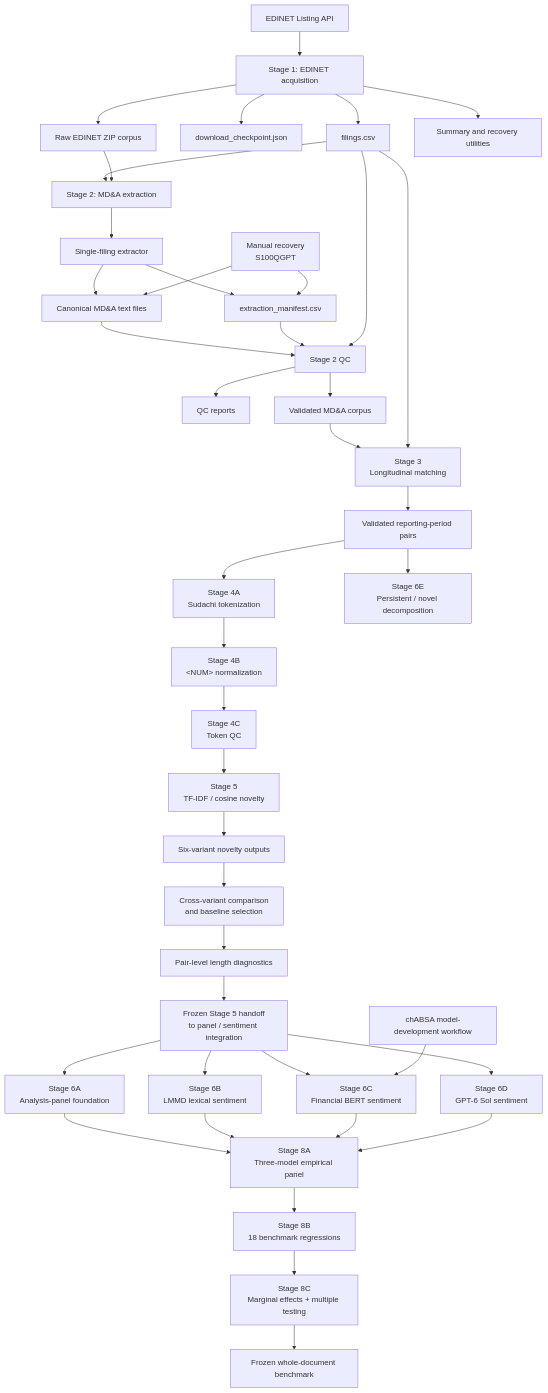
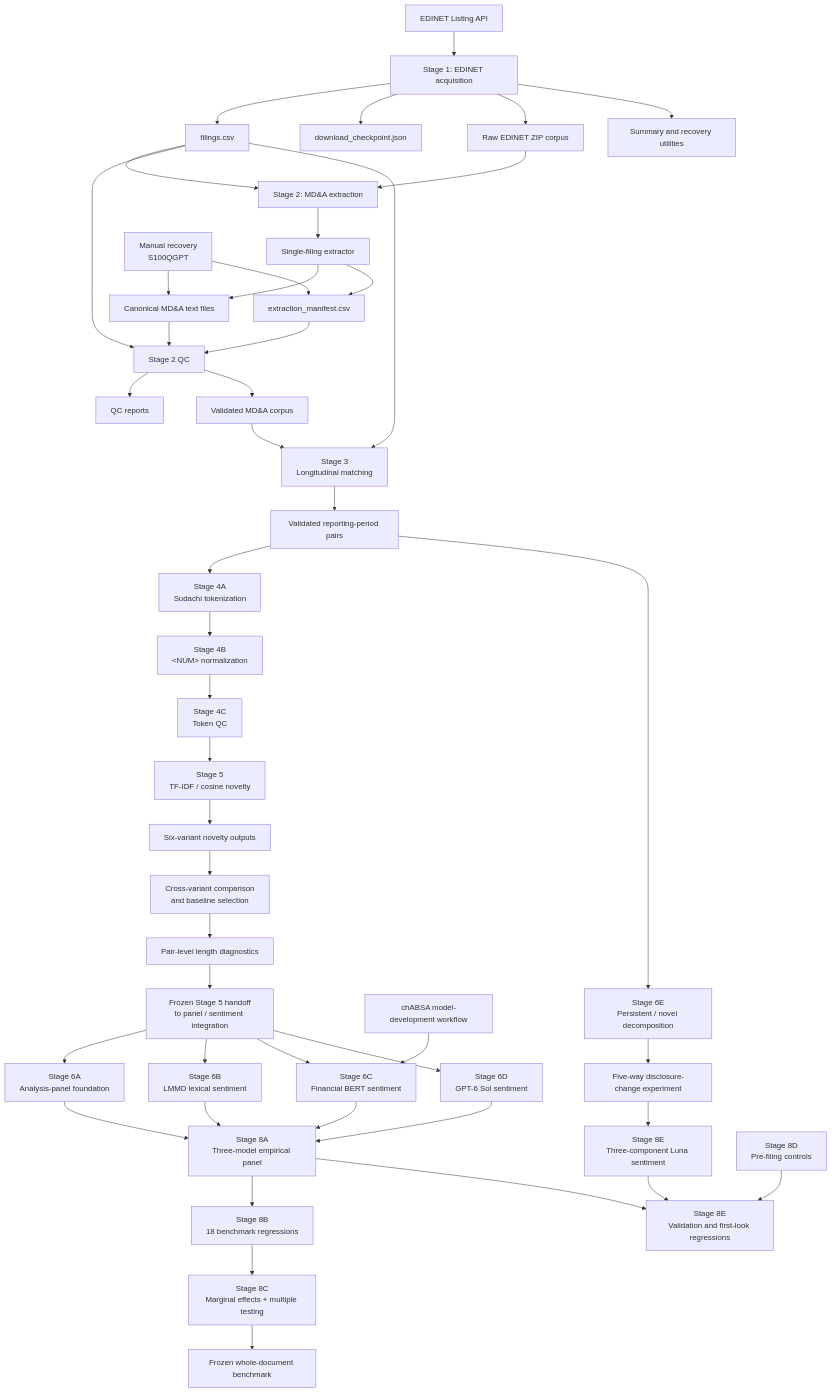
The first of 6 diagrams in docs/paper2/PIPELINE.md (markblefevre/phd_research_pipeline), drawn with Mermaid before and after one commit. The commit also changed other lines of this file and 1 other file, not shown here.

Commit message:
Updating STATUS and PIPELINE after first look at regressions

````diff
--- a/docs/paper2/PIPELINE.md
+++ b/docs/paper2/PIPELINE.md
@@ -81,52 +91,57 @@
 ``` mermaid
 flowchart TD
 
     A[EDINET Listing API] --> B[Stage 1: EDINET acquisition]
 
     B --> C[filings.csv]
     B --> D[download_checkpoint.json]
     B --> E[Raw EDINET ZIP corpus]
     B --> F[Summary and recovery utilities]
 
     C --> G[Stage 2: MD&A extraction]
     E --> G
 
     G --> H[Single-filing extractor]
     H --> I[Canonical MD&A text files]
     H --> J[extraction_manifest.csv]
 
     I --> K[Stage 2 QC]
     J --> K
     C --> K
 
     K --> L[QC reports]
     K --> M[Validated MD&A corpus]
 
     N[Manual recovery<br/>S100QGPT] --> I
     N --> J
 
     M --> O[Stage 3<br/>Longitudinal matching]
     C --> O
     O --> P[Validated reporting-period pairs]
     P --> Q[Stage 4A<br/>Sudachi tokenization]
     Q --> R[Stage 4B<br/>&lt;NUM&gt; normalization]
     R --> S[Stage 4C<br/>Token QC]
     S --> T[Stage 5<br/>TF-IDF / cosine novelty]
     T --> U[Six-variant novelty outputs]
     U --> V[Cross-variant comparison<br/>and baseline selection]
     V --> W[Pair-level length diagnostics]
     W --> X[Frozen Stage 5 handoff<br/>to panel / sentiment integration]
     X --> Y[Stage 6A<br/>Analysis-panel foundation]
     X --> Z[Stage 6B<br/>LMMD lexical sentiment]
     X --> AA[Stage 6C<br/>Financial BERT sentiment]
     AB[chABSA model-development workflow] --> AA
     X --> AD[Stage 6D<br/>GPT-6 Sol sentiment]
     Y --> AE[Stage 8A<br/>Three-model empirical panel]
     Z --> AE
     AA --> AE
     AD --> AE
     AE --> AF[Stage 8B<br/>18 benchmark regressions]
     AF --> AG[Stage 8C<br/>Marginal effects + multiple testing]
     AG --> AH[Frozen whole-document benchmark]
     P --> AI[Stage 6E<br/>Persistent / novel decomposition]
+    AI --> AJ[Five-way disclosure-change experiment]
+    AJ --> AK[Stage 8E<br/>Three-component Luna sentiment]
+    AK --> AL[Stage 8E<br/>Validation and first-look regressions]
+    AM[Stage 8D<br/>Pre-filing controls] --> AL
+    AE --> AL
 ```
````
